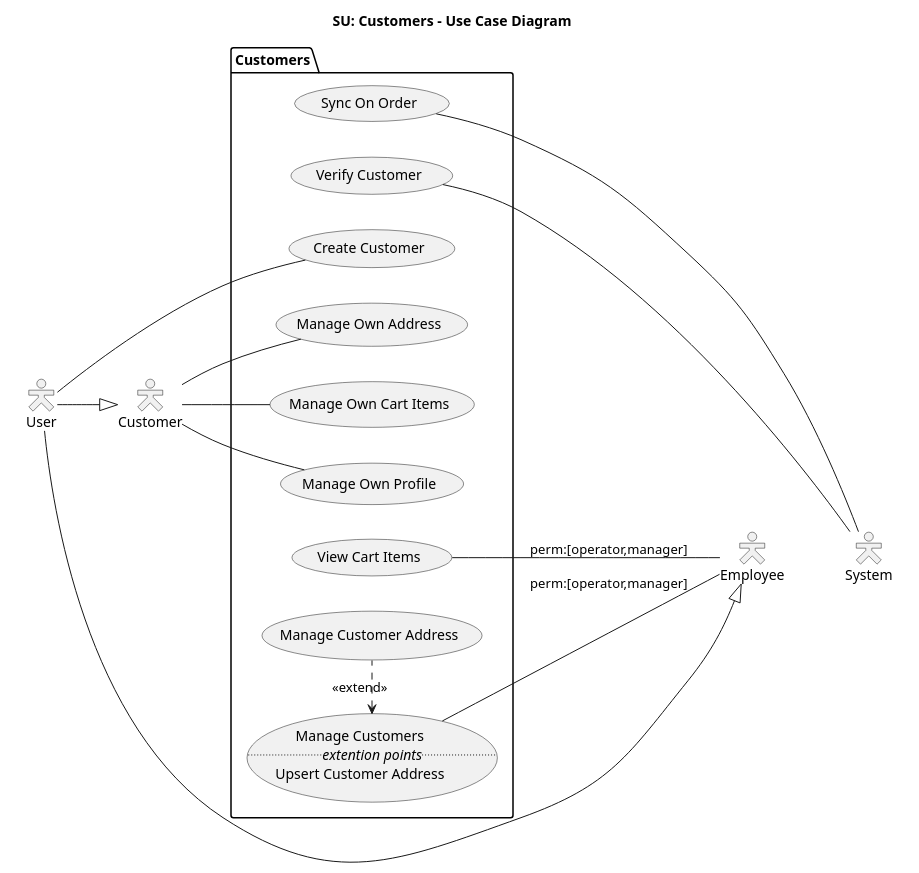
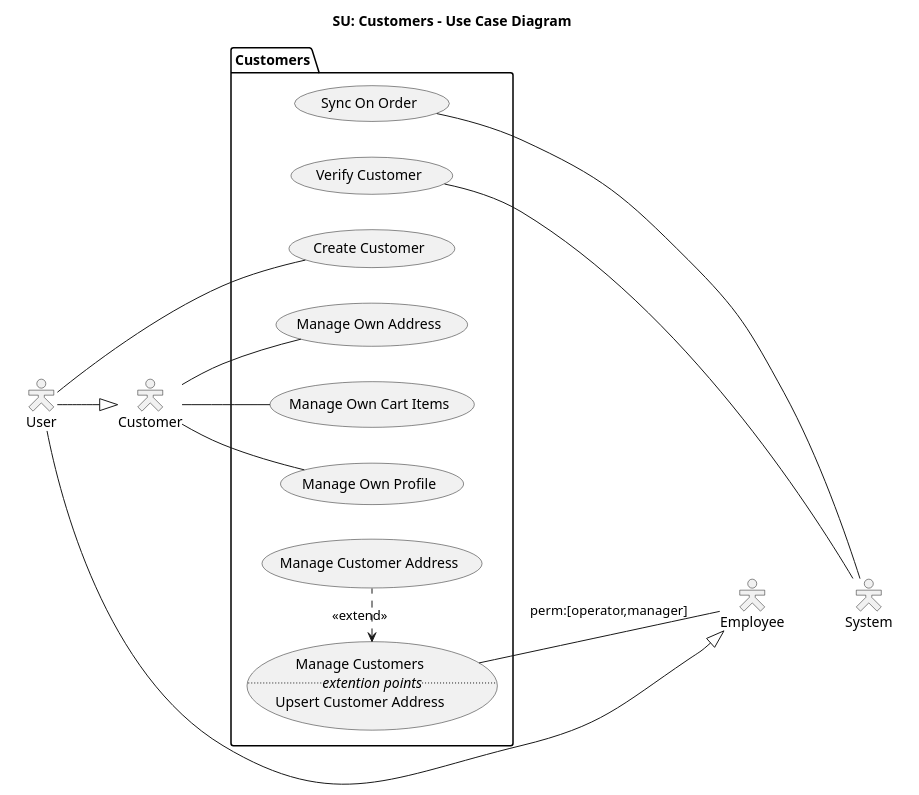
The diagram in docs/SU Customers - Use Case Diagram.puml (draganovik/matterway), drawn with PlantUML before and after one commit. The commit also changed 13 other files, not shown here.

```diff
--- a/docs/SU Customers - Use Case Diagram.puml
+++ b/docs/SU Customers - Use Case Diagram.puml
@@ -1,48 +1,45 @@
 @startuml SUCustomersUseCaseDiagram
 title SU: Customers - Use Case Diagram
 left to right direction
 skinparam shadowing false
 skinparam actorStyle hollow
 
 rectangle #line:transparent {
   actor user as "User"
   actor csmr as "Customer"
 }
 rectangle #line:transparent {
   actor empl as "Employee"
   actor sysm as "System"
   empl -[hidden]- sysm
 }
 
 user --|> csmr
 user --|> empl
 
 package "Customers" {
   usecase createCustomer as "Create Customer"
   usecase manageOwnProfile as "Manage Own Profile"
   usecase manageOwnAddress as "Manage Own Address"
   usecase manageOwnCartItems as "Manage Own Cart Items"
 
   usecase syncOnOrder as "Sync On Order"
   usecase verifyCustomer as "Verify Customer"
 
-
-  usecase viewCartItems as "View Cart Items"
   usecase manageCustomers as "Manage Customers
                               ..<i>extention points</i>..
                               Upsert Customer Address"
   usecase manageCustomerAddress as "Manage Customer Address"
   manageCustomerAddress .left.> manageCustomers : <<extend>>
 }
 
 user -- createCustomer
 csmr -- manageOwnProfile
 csmr -- manageOwnAddress
 csmr -- manageOwnCartItems
 
 syncOnOrder -- sysm
 verifyCustomer -- sysm
 
 manageCustomers -- empl : perm:[operator,manager]
-viewCartItems -- empl : perm:[operator,manager]
 @enduml
```
